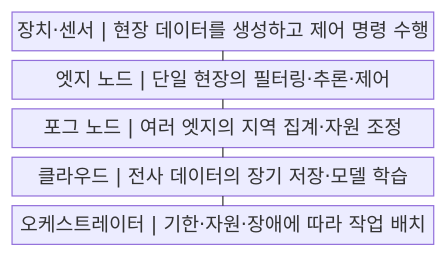
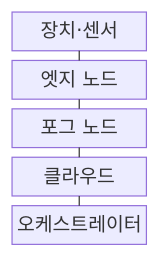
One commit to agnusdei1207/knowledge-base changed the first of 2 diagrams in src/content/docs/notes/04-network/047_edge_vs_fog_computing.md. Above: the diagram before and after it, drawn with Mermaid. The commit also changed 122 other files, not shown here.

````diff
--- a/src/content/docs/notes/04-network/047_edge_vs_fog_computing.md
+++ b/src/content/docs/notes/04-network/047_edge_vs_fog_computing.md
@@ -52,13 +52,13 @@
 ```mermaid
-block
+block-beta
     columns 1
-    A["장치·센서 | 현장 데이터를 생성하고 제어 명령 수행"]
-    B["엣지 노드 | 단일 현장의 필터링·추론·제어"]
-    C["포그 노드 | 여러 엣지의 지역 집계·자원 조정"]
-    D["클라우드 | 전사 데이터의 장기 저장·모델 학습"]
-    E["오케스트레이터 | 기한·자원·장애에 따라 작업 배치"]
+    A["장치·센서"]
+    B["엣지 노드"]
+    C["포그 노드"]
+    D["클라우드"]
+    E["오케스트레이터"]
     A --- B
     B --- C
     C --- D
     D --- E
 ```
````
